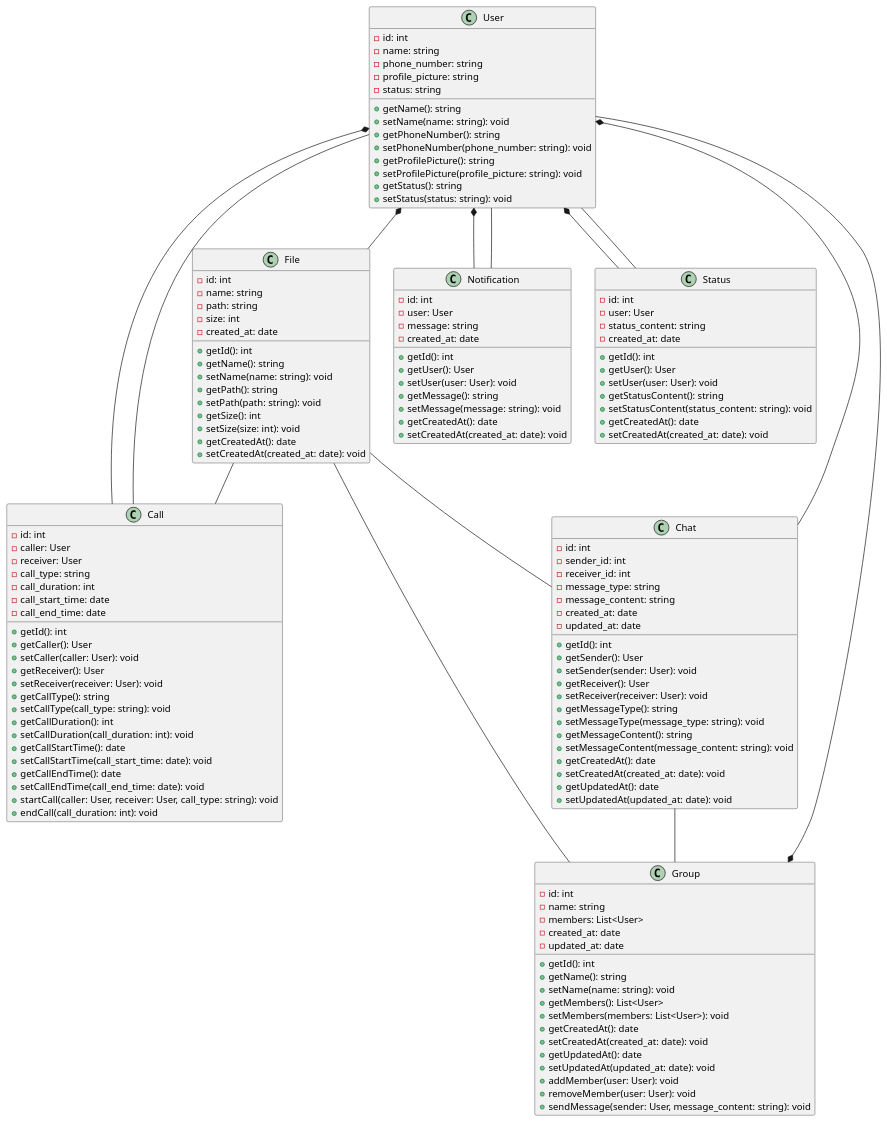
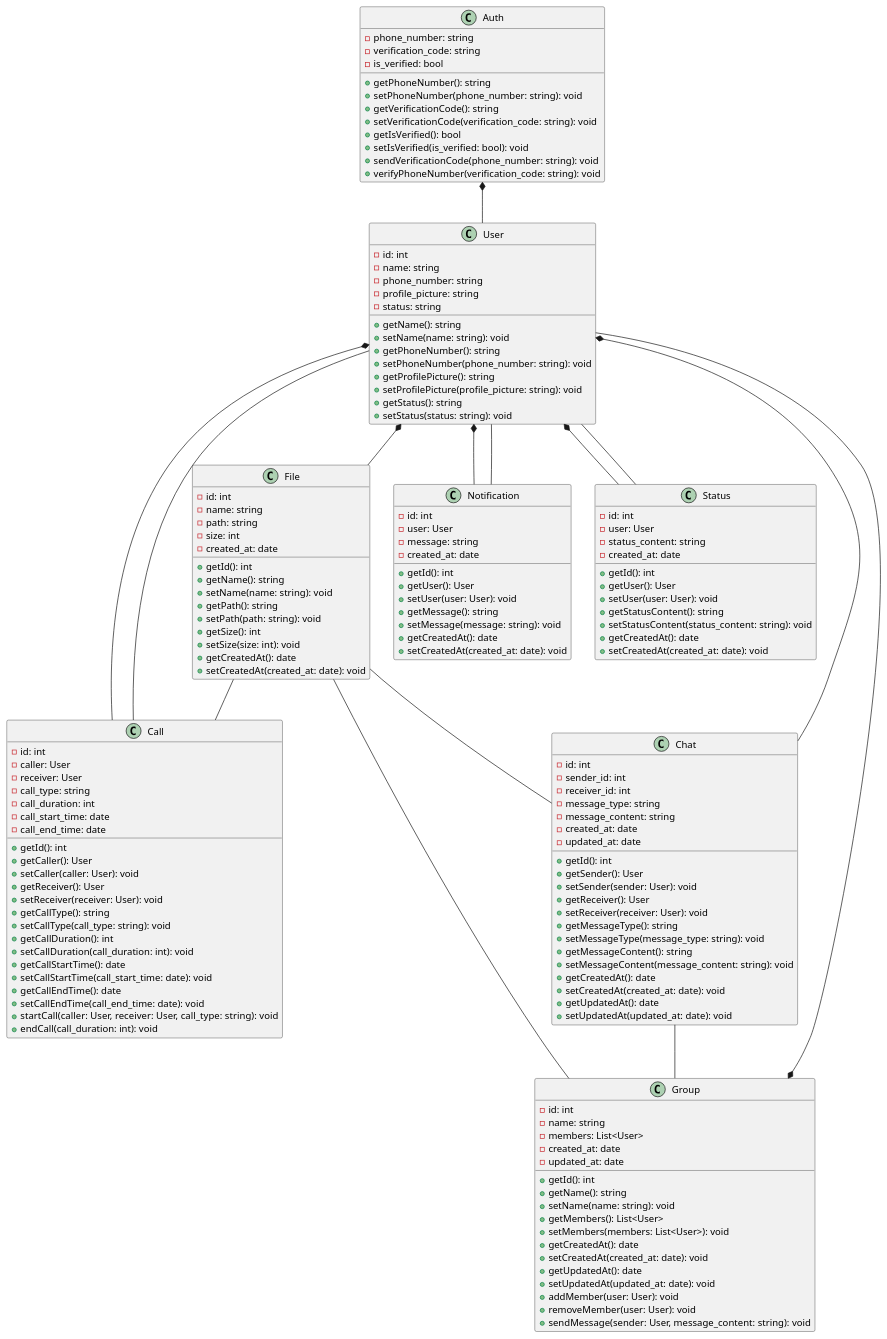
The diagram in diagram_class.plantuml (fikiap23/chatbro), drawn with PlantUML before and after one commit. The commit also changed 1 other file, not shown here.

```diff
--- a/diagram_class.plantuml
+++ b/diagram_class.plantuml
@@ -1,150 +1,167 @@
 @startuml
 
 class User {
     -id: int
     -name: string
     -phone_number: string
     -profile_picture: string
     -status: string
     +getName(): string
     +setName(name: string): void
     +getPhoneNumber(): string
     +setPhoneNumber(phone_number: string): void
     +getProfilePicture(): string
     +setProfilePicture(profile_picture: string): void
     +getStatus(): string
     +setStatus(status: string): void
 }
 
 class Chat {
     -id: int
     -sender_id: int
     -receiver_id: int
     -message_type: string
     -message_content: string
     -created_at: date
     -updated_at: date
     +getId(): int
     +getSender(): User
     +setSender(sender: User): void
     +getReceiver(): User
     +setReceiver(receiver: User): void
     +getMessageType(): string
     +setMessageType(message_type: string): void
     +getMessageContent(): string
     +setMessageContent(message_content: string): void
     +getCreatedAt(): date
     +setCreatedAt(created_at: date): void
     +getUpdatedAt(): date
     +setUpdatedAt(updated_at: date): void
 }
 
 class Group {
     -id: int
     -name: string
     -members: List<User>
     -created_at: date
     -updated_at: date
     +getId(): int
     +getName(): string
     +setName(name: string): void
     +getMembers(): List<User>
     +setMembers(members: List<User>): void
     +getCreatedAt(): date
     +setCreatedAt(created_at: date): void
     +getUpdatedAt(): date
     +setUpdatedAt(updated_at: date): void
     +addMember(user: User): void
     +removeMember(user: User): void
     +sendMessage(sender: User, message_content: string): void
 }
 
 class Call {
     -id: int
     -caller: User
     -receiver: User
     -call_type: string
     -call_duration: int
     -call_start_time: date
     -call_end_time: date
     +getId(): int
     +getCaller(): User
     +setCaller(caller: User): void
     +getReceiver(): User
     +setReceiver(receiver: User): void
     +getCallType(): string
     +setCallType(call_type: string): void
     +getCallDuration(): int
     +setCallDuration(call_duration: int): void
     +getCallStartTime(): date
     +setCallStartTime(call_start_time: date): void
     +getCallEndTime(): date
     +setCallEndTime(call_end_time: date): void
     +startCall(caller: User, receiver: User, call_type: string): void
     +endCall(call_duration: int): void
 }
 
 class Notification {
     -id: int
     -user: User
     -message: string
     -created_at: date
     +getId(): int
     +getUser(): User
     +setUser(user: User): void
     +getMessage(): string
     +setMessage(message: string): void
     +getCreatedAt(): date
     +setCreatedAt(created_at: date): void
 }
 
 class Status {
     -id: int
     -user: User
     -status_content: string
     -created_at: date
     +getId(): int
     +getUser(): User
     +setUser(user: User): void
     +getStatusContent(): string
     +setStatusContent(status_content: string): void
     +getCreatedAt(): date
     +setCreatedAt(created_at: date): void
 }
 
 class File {
     -id: int
     -name: string
     -path: string
     -size: int
     -created_at: date
     +getId(): int
     +getName(): string
     +setName(name: string): void
     +getPath(): string
     +setPath(path: string): void
     +getSize(): int
     +setSize(size: int): void
     +getCreatedAt(): date
     +setCreatedAt(created_at: date): void
 }
+
+class Auth {
+    -phone_number: string
+    -verification_code: string
+    -is_verified: bool
+    +getPhoneNumber(): string
+    +setPhoneNumber(phone_number: string): void
+    +getVerificationCode(): string
+    +setVerificationCode(verification_code: string): void
+    +getIsVerified(): bool
+    +setIsVerified(is_verified: bool): void
+    +sendVerificationCode(phone_number: string): void
+    +verifyPhoneNumber(verification_code: string): void
+}
+
+
+Auth *-- User
 User *-- Chat
 User *-- Call
 User *-- Notification
 User *-- Status
 User *-- File
 
 Chat -- Group
 Group *-- User
 
 Call -- User
 
 Notification -- User
 
 Status -- User
 
 File -- Chat
 File -- Group
 File -- Call
 
 @enduml
```
